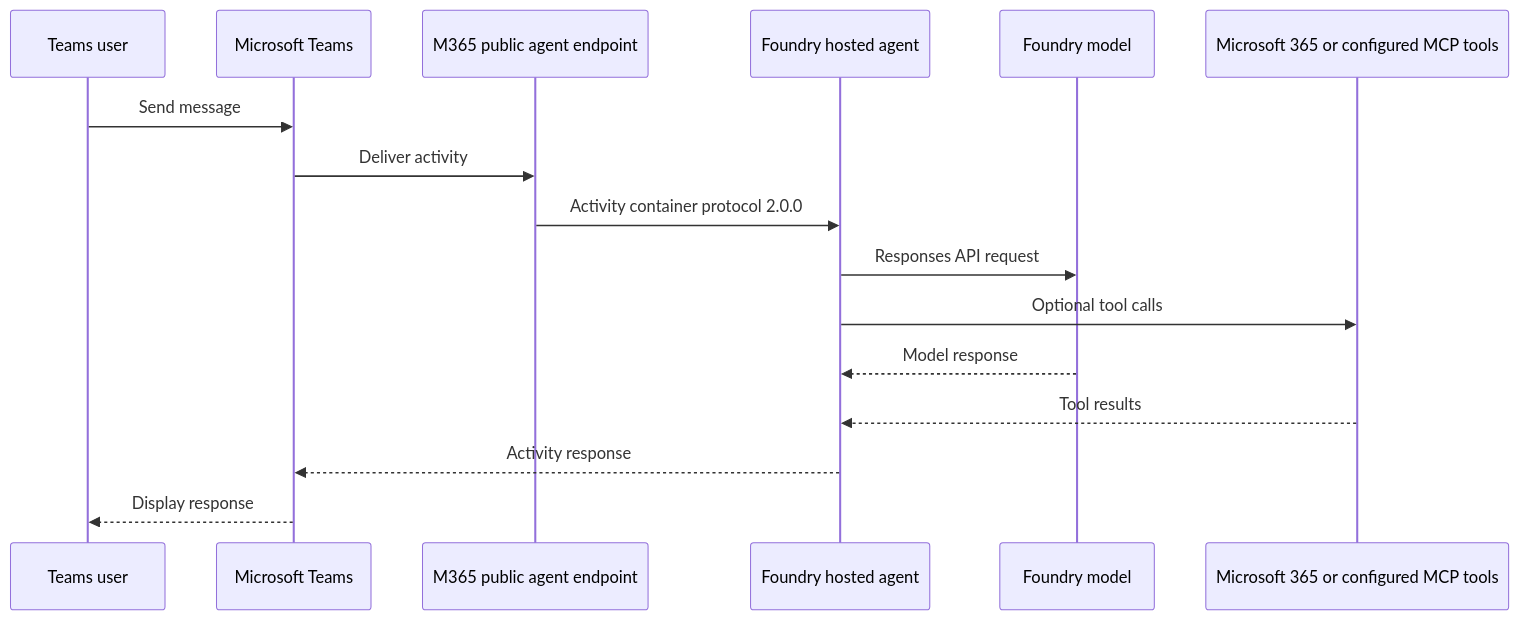
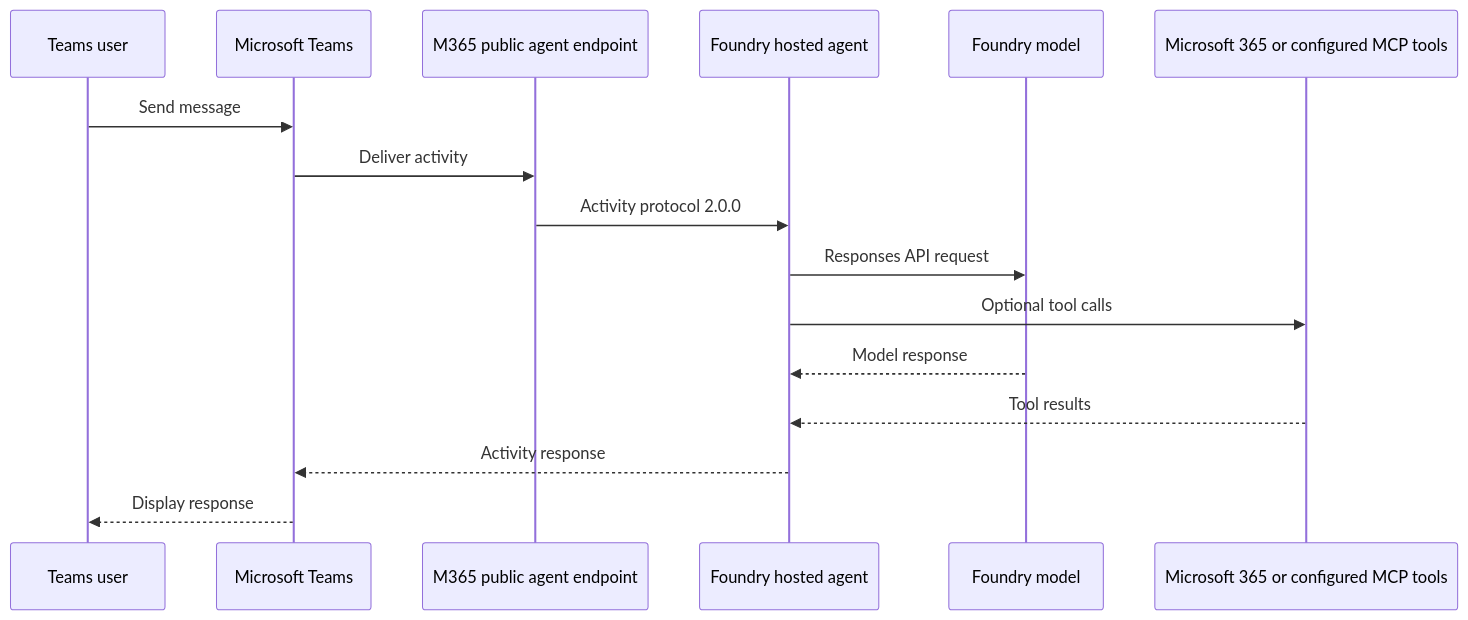
Diagram 12 of 12 in samples/python/foundry-autopilot-agent/private-network-architecture-readme.md (microsoft-foundry/foundry-samples), drawn with Mermaid before and after one commit. The commit also changed 1 other file, not shown here.

Commit message:
revert small wording change

````diff
--- a/samples/python/foundry-autopilot-agent/private-network-architecture-readme.md
+++ b/samples/python/foundry-autopilot-agent/private-network-architecture-readme.md
@@ -385,19 +385,19 @@
 ```mermaid
 sequenceDiagram
     participant User as Teams user
     participant Teams as Microsoft Teams
     participant Endpoint as M365 public agent endpoint
     participant Agent as Foundry hosted agent
     participant Model as Foundry model
     participant Tools as Microsoft 365 or configured MCP tools
 
     User->>Teams: Send message
     Teams->>Endpoint: Deliver activity
-    Endpoint->>Agent: Activity container protocol 2.0.0
+    Endpoint->>Agent: Activity protocol 2.0.0
     Agent->>Model: Responses API request
     Agent->>Tools: Optional tool calls
     Model-->>Agent: Model response
     Tools-->>Agent: Tool results
     Agent-->>Teams: Activity response
     Teams-->>User: Display response
 ```
````
